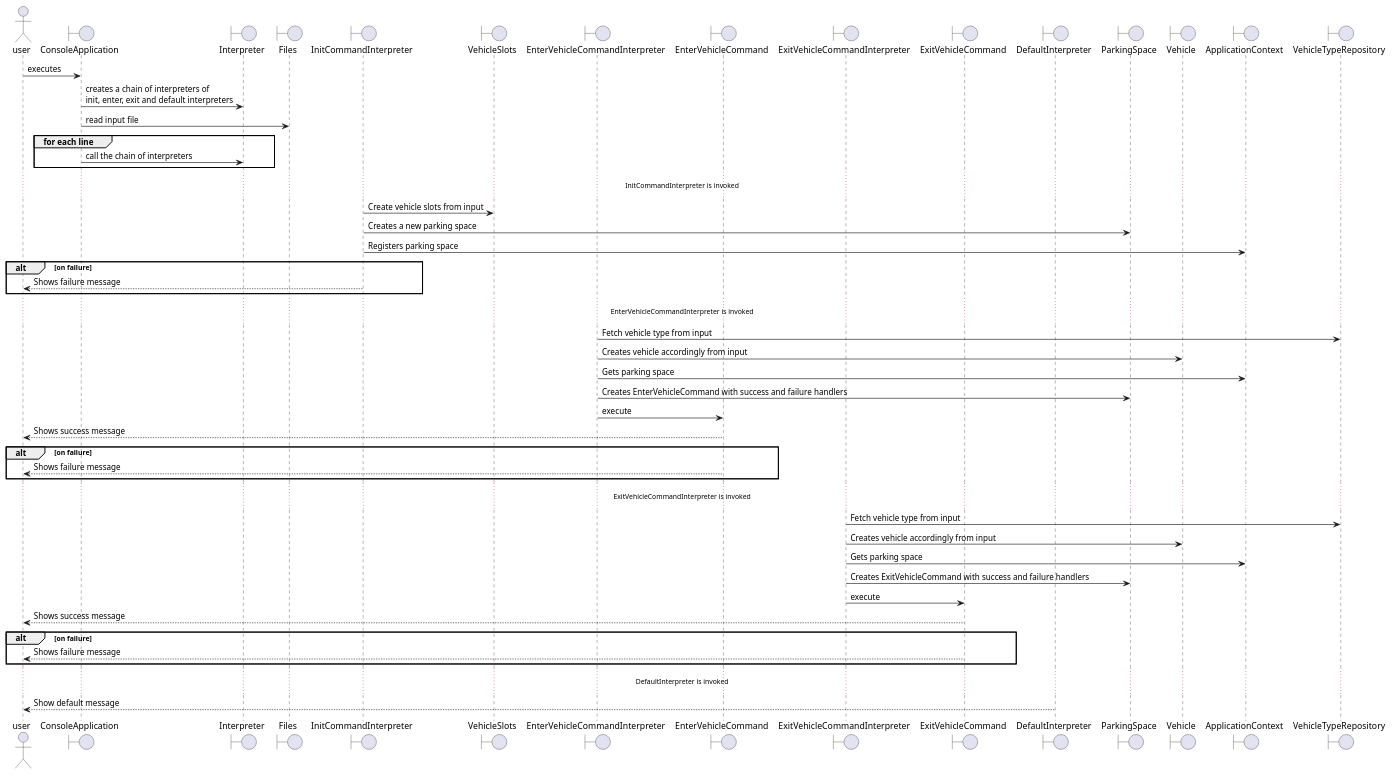
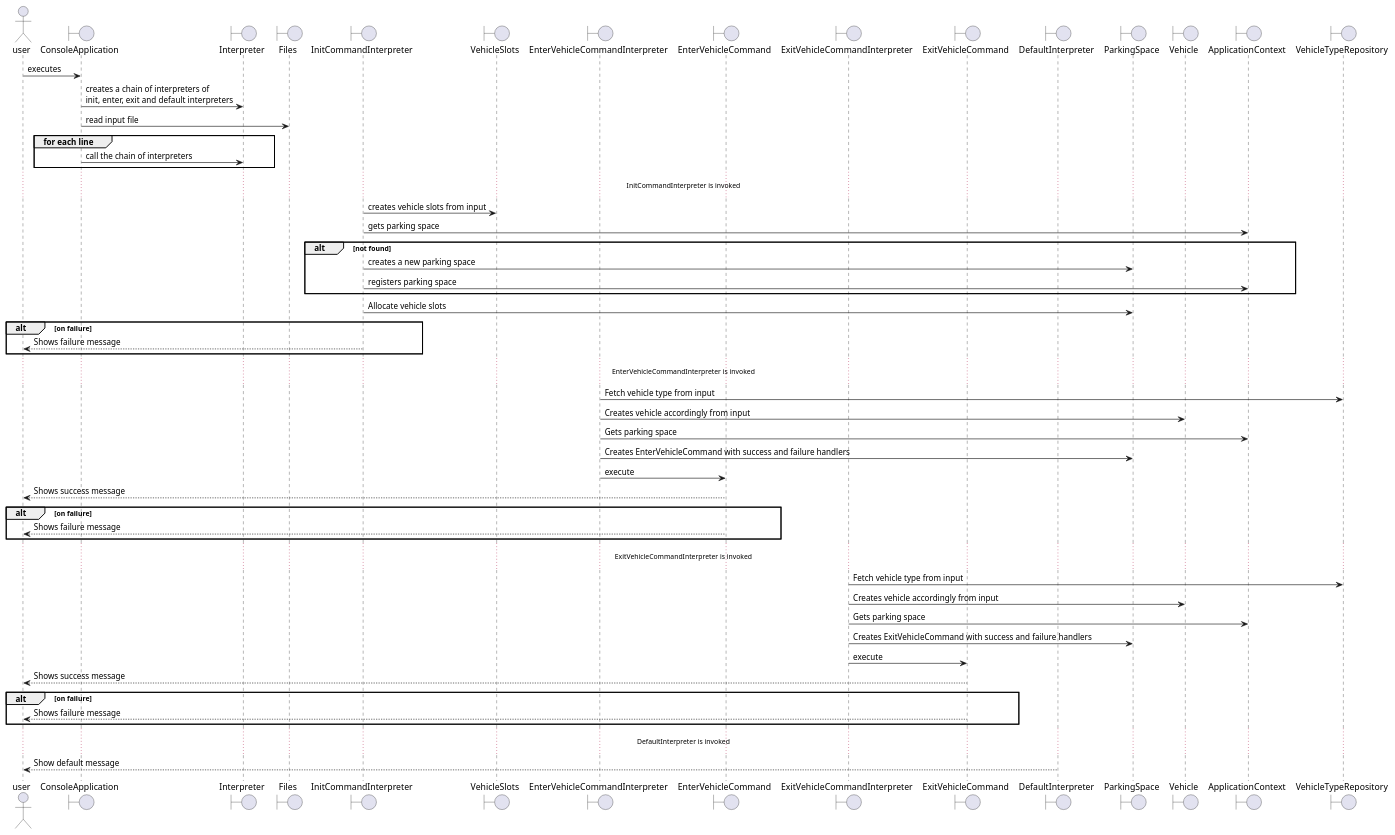
One commit to mettyoung/automated-valet-car-parking-system changed the diagram in docs/c4-sequence.puml. Above: the diagram before and after it, drawn with PlantUML. The commit also changed 2 other files, not shown here.

```diff
--- a/docs/c4-sequence.puml
+++ b/docs/c4-sequence.puml
@@ -1,63 +1,67 @@
 @startuml
 
 actor user
 boundary ConsoleApplication
 boundary Interpreter
 boundary Files
 boundary InitCommandInterpreter
 boundary VehicleSlots
 boundary EnterVehicleCommandInterpreter
 boundary EnterVehicleCommand
 boundary ExitVehicleCommandInterpreter
 boundary ExitVehicleCommand
 boundary DefaultInterpreter
 boundary ParkingSpace
 boundary Vehicle
 boundary ApplicationContext
 boundary VehicleTypeRepository
 
 user -> ConsoleApplication: executes
 ConsoleApplication -> Interpreter: creates a chain of interpreters of \ninit, enter, exit and default interpreters
 ConsoleApplication -> Files: read input file
 group for each line
     ConsoleApplication -> Interpreter: call the chain of interpreters
 end
 
 ... InitCommandInterpreter is invoked ...
 
-InitCommandInterpreter -> VehicleSlots: Create vehicle slots from input
-InitCommandInterpreter -> ParkingSpace: Creates a new parking space
-InitCommandInterpreter -> ApplicationContext: Registers parking space
+InitCommandInterpreter -> VehicleSlots: creates vehicle slots from input
+InitCommandInterpreter -> ApplicationContext: gets parking space
+alt not found
+    InitCommandInterpreter -> ParkingSpace: creates a new parking space
+    InitCommandInterpreter -> ApplicationContext: registers parking space
+end
+InitCommandInterpreter -> ParkingSpace: Allocate vehicle slots
 alt on failure
     InitCommandInterpreter --> user: Shows failure message
 end
 
 ... EnterVehicleCommandInterpreter is invoked ...
 
 EnterVehicleCommandInterpreter -> VehicleTypeRepository: Fetch vehicle type from input
 EnterVehicleCommandInterpreter -> Vehicle: Creates vehicle accordingly from input
 EnterVehicleCommandInterpreter -> ApplicationContext: Gets parking space
 EnterVehicleCommandInterpreter -> ParkingSpace: Creates EnterVehicleCommand with success and failure handlers
 EnterVehicleCommandInterpreter -> EnterVehicleCommand: execute
 EnterVehicleCommand --> user: Shows success message
 alt on failure
     EnterVehicleCommand --> user: Shows failure message
 end
 
 ... ExitVehicleCommandInterpreter is invoked ...
 
 ExitVehicleCommandInterpreter -> VehicleTypeRepository: Fetch vehicle type from input
 ExitVehicleCommandInterpreter -> Vehicle: Creates vehicle accordingly from input
 ExitVehicleCommandInterpreter -> ApplicationContext: Gets parking space
 ExitVehicleCommandInterpreter -> ParkingSpace: Creates ExitVehicleCommand with success and failure handlers
 ExitVehicleCommandInterpreter -> ExitVehicleCommand: execute
 ExitVehicleCommand --> user: Shows success message
 alt on failure
     ExitVehicleCommand --> user: Shows failure message
 end
 
 ... DefaultInterpreter is invoked ...
 
 DefaultInterpreter --> user: Show default message
 
 @enduml
```
